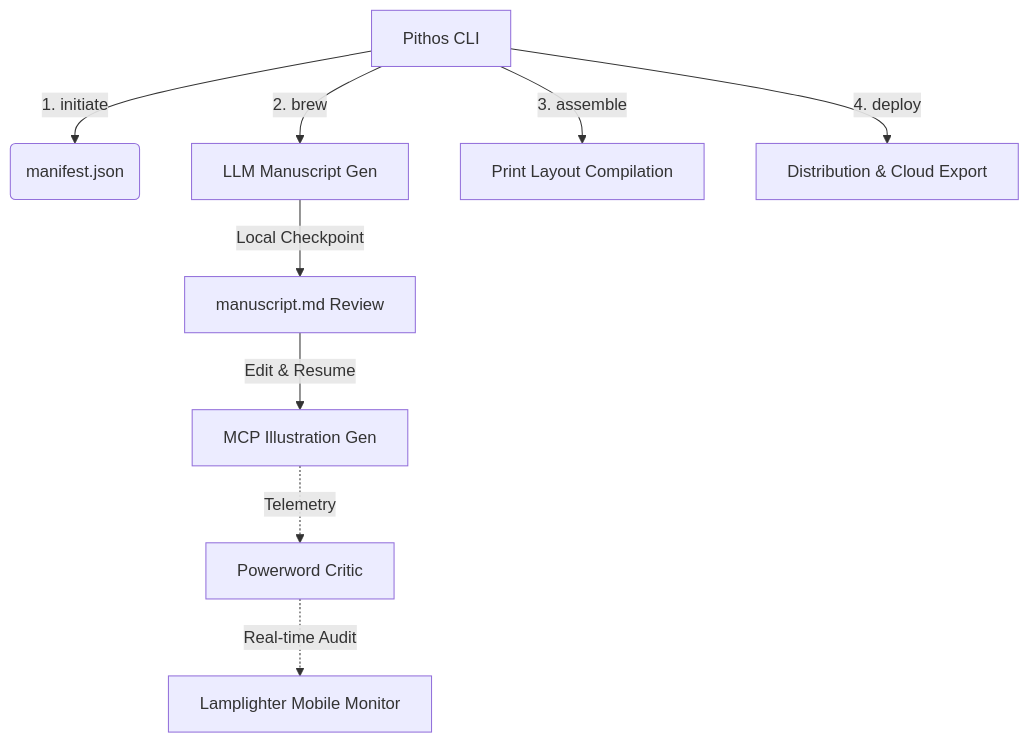
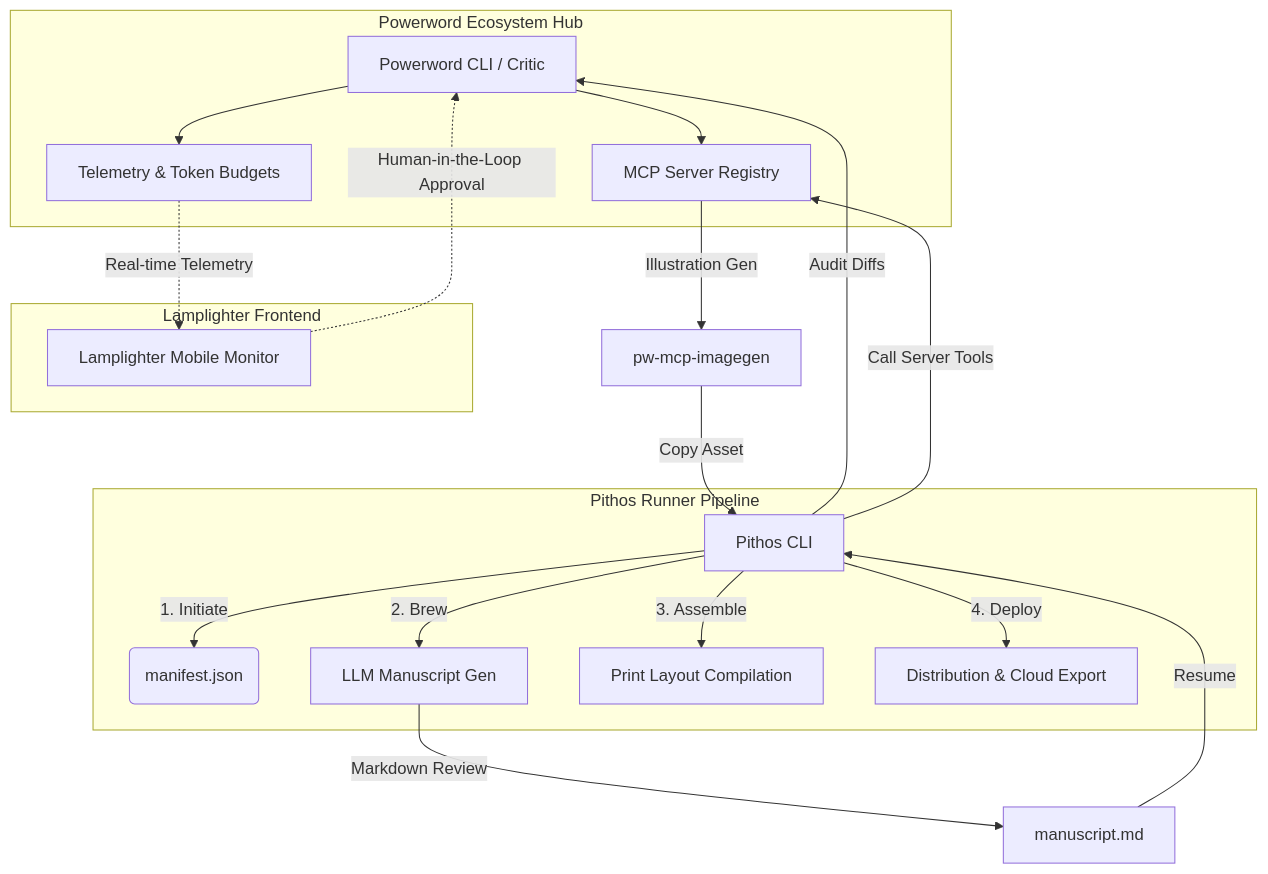
Before and after one commit to borch-ai/.github: the diagram in profile/README.md, drawn with Mermaid. The commit also changed other lines of this file, not shown here.

Commit message:
feat: use absolute raw GitHub image URL and center Mermaid diagram on Powerword

````diff
--- a/profile/README.md
+++ b/profile/README.md
@@ -38,12 +38,33 @@
 ```mermaid
 graph TD
-    A[Pithos CLI] -->|1. initiate| B(manifest.json)
-    A -->|2. brew| C[LLM Manuscript Gen]
-    C -->|Local Checkpoint| D[manuscript.md Review]
-    D -->|Edit & Resume| E[MCP Illustration Gen]
-    A -->|3. assemble| F[Print Layout Compilation]
-    A -->|4. deploy| G[Distribution & Cloud Export]
+    subgraph Powerword Ecosystem Hub
+        PW[Powerword CLI / Critic]
+        MCPS[MCP Server Registry]
+        T[Telemetry & Token Budgets]
+        PW --> MCPS
+        PW --> T
+    end
+
+    subgraph Pithos Runner Pipeline
+        P[Pithos CLI]
+        P -->|1. Initiate| M(manifest.json)
+        P -->|2. Brew| Stanzas[LLM Manuscript Gen]
+        P -->|3. Assemble| Layout[Print Layout Compilation]
+        P -->|4. Deploy| Cloud[Distribution & Cloud Export]
+    end
+
+    subgraph Lamplighter Frontend
+        LL[Lamplighter Mobile Monitor]
+    end
+
+    %% Interactions
+    P -->|Audit Diffs| PW
+    Stanzas -->|Markdown Review| Rev[manuscript.md]
+    Rev -->|Resume| P
+    P -->|Call Server Tools| MCPS
+    MCPS -->|Illustration Gen| Img[pw-mcp-imagegen]
+    Img -->|Copy Asset| P
     
-    E -.->|Telemetry| H[Powerword Critic]
-    H -.->|Real-time Audit| I[Lamplighter Mobile Monitor]
+    T -.->|Real-time Telemetry| LL
+    LL -.->|Human-in-the-Loop Approval| PW
 ```
````
